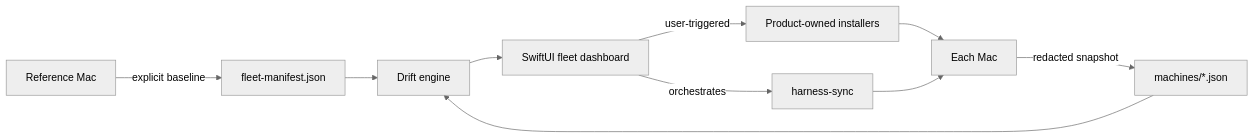
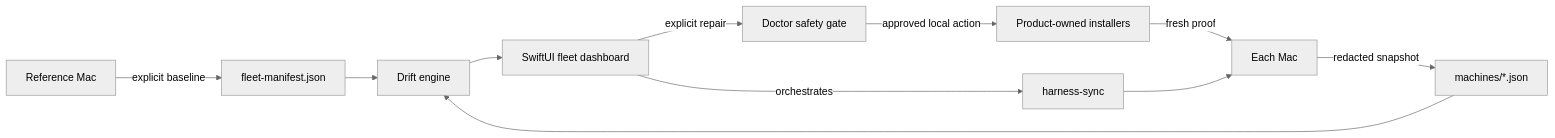
Before and after one commit to pstarkgit/FleetMesh: the first of 2 diagrams in README.md, drawn with Mermaid (neutral theme). The commit also changed other lines of this file and 10 other files, not shown here.

````diff
--- a/README.md
+++ b/README.md
@@ -7,12 +7,13 @@
 ```mermaid
 flowchart LR
     A[Reference Mac] -->|explicit baseline| M[fleet-manifest.json]
     B[Each Mac] -->|redacted snapshot| S[machines/*.json]
     M --> D[Drift engine]
     S --> D
     D --> U[SwiftUI fleet dashboard]
-    U -->|user-triggered| I[Product-owned installers]
+    U -->|explicit repair| G[Doctor safety gate]
+    G -->|approved local action| I[Product-owned installers]
     U -->|orchestrates| H[harness-sync]
-    I --> B
+    I -->|fresh proof| B
     H --> B
 ```
````
